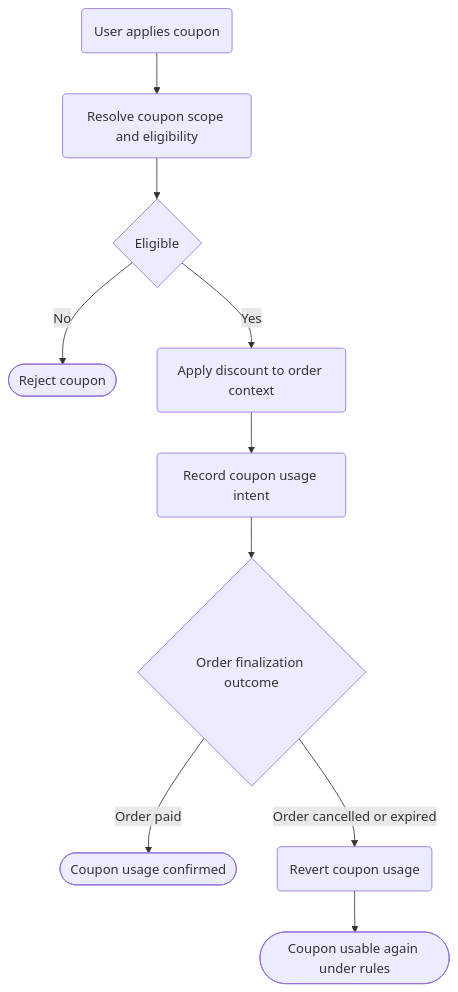
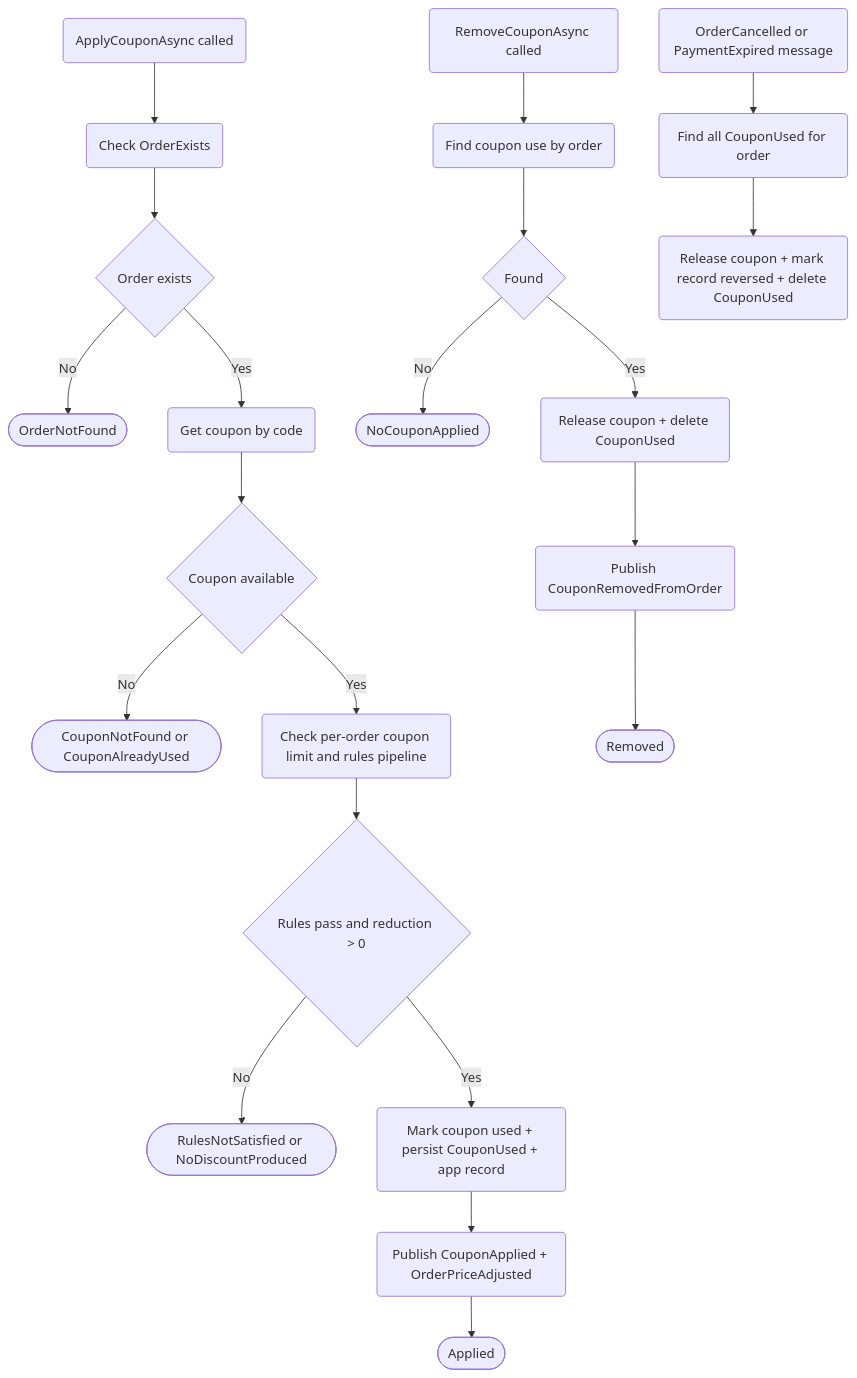
Before and after one commit to kwojtasinski-repo/ECommerceApp: the diagram in assets/diagrams/flows/coupons-apply-revert.md, drawn with Mermaid. The commit also changed other lines of this file and 12 other files, not shown here.

Commit message:
[Docs] Update specification and flows

````diff
--- a/assets/diagrams/flows/coupons-apply-revert.md
+++ b/assets/diagrams/flows/coupons-apply-revert.md
@@ -6,12 +5,25 @@
 ```mermaid
 graph TD
-    A(User applies coupon) --> B(Resolve coupon scope and eligibility)
-    B --> C{Eligible}
-    C -->|No| D([Reject coupon])
-    C -->|Yes| E(Apply discount to order context)
-    E --> F(Record coupon usage intent)
-    F --> G{Order finalization outcome}
-    G -->|Order paid| H([Coupon usage confirmed])
-    G -->|Order cancelled or expired| I(Revert coupon usage)
-    I --> J([Coupon usable again under rules])
+    A(ApplyCouponAsync called) --> B(Check OrderExists)
+    B --> C{Order exists}
+    C -->|No| D([OrderNotFound])
+    C -->|Yes| E(Get coupon by code)
+    E --> F{Coupon available}
+    F -->|No| G([CouponNotFound or CouponAlreadyUsed])
+    F -->|Yes| H(Check per-order coupon limit and rules pipeline)
+    H --> I{Rules pass and reduction > 0}
+    I -->|No| J([RulesNotSatisfied or NoDiscountProduced])
+    I -->|Yes| K(Mark coupon used + persist CouponUsed + app record)
+    K --> L(Publish CouponApplied + OrderPriceAdjusted)
+    L --> M([Applied])
+
+    N(RemoveCouponAsync called) --> O(Find coupon use by order)
+    O --> P{Found}
+    P -->|No| Q([NoCouponApplied])
+    P -->|Yes| R(Release coupon + delete CouponUsed)
+    R --> S(Publish CouponRemovedFromOrder)
+    S --> T([Removed])
+
+    U(OrderCancelled or PaymentExpired message) --> V(Find all CouponUsed for order)
+    V --> W(Release coupon + mark record reversed + delete CouponUsed)
 ```
````
